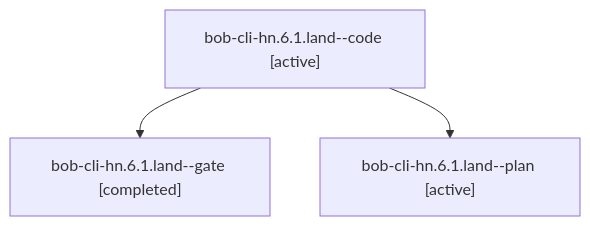
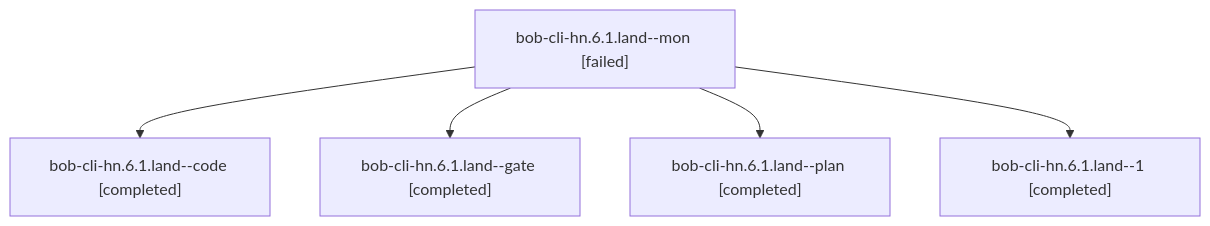
The diagram in sessions/bbugyi200.athena.bob-cli-hn.6.1.land.md (bobs-org/bob-cli--agents), drawn with Mermaid before and after one commit. The commit also changed other lines of this file and 125 other files, not shown here.

````diff
--- a/sessions/bbugyi200.athena.bob-cli-hn.6.1.land.md
+++ b/sessions/bbugyi200.athena.bob-cli-hn.6.1.land.md
@@ -9,8 +9,12 @@
 ```mermaid
 flowchart TD
-  n0["bob-cli-hn.6.1.land--code [active]"]
-  n1["bob-cli-hn.6.1.land--gate [completed]"]
+  n0["bob-cli-hn.6.1.land--mon [failed]"]
+  n1["bob-cli-hn.6.1.land--code [completed]"]
   n0 --> n1
-  n2["bob-cli-hn.6.1.land--plan [active]"]
+  n2["bob-cli-hn.6.1.land--gate [completed]"]
   n0 --> n2
+  n3["bob-cli-hn.6.1.land--plan [completed]"]
+  n0 --> n3
+  n4["bob-cli-hn.6.1.land--1 [completed]"]
+  n0 --> n4
 ```
````
